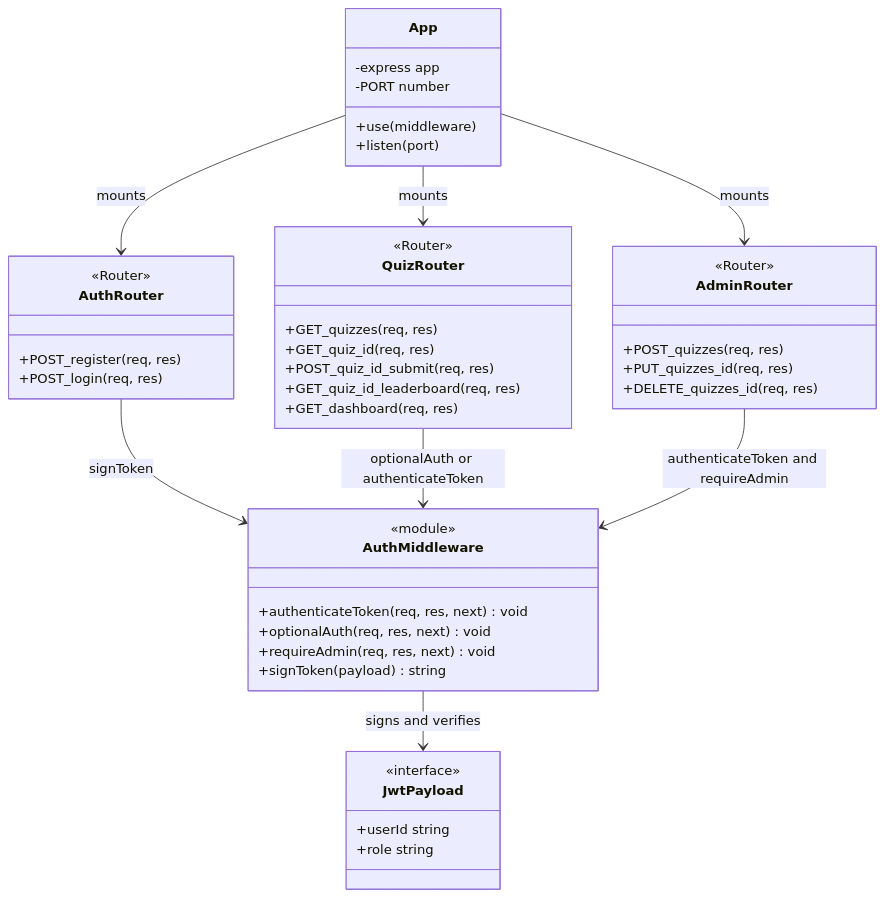
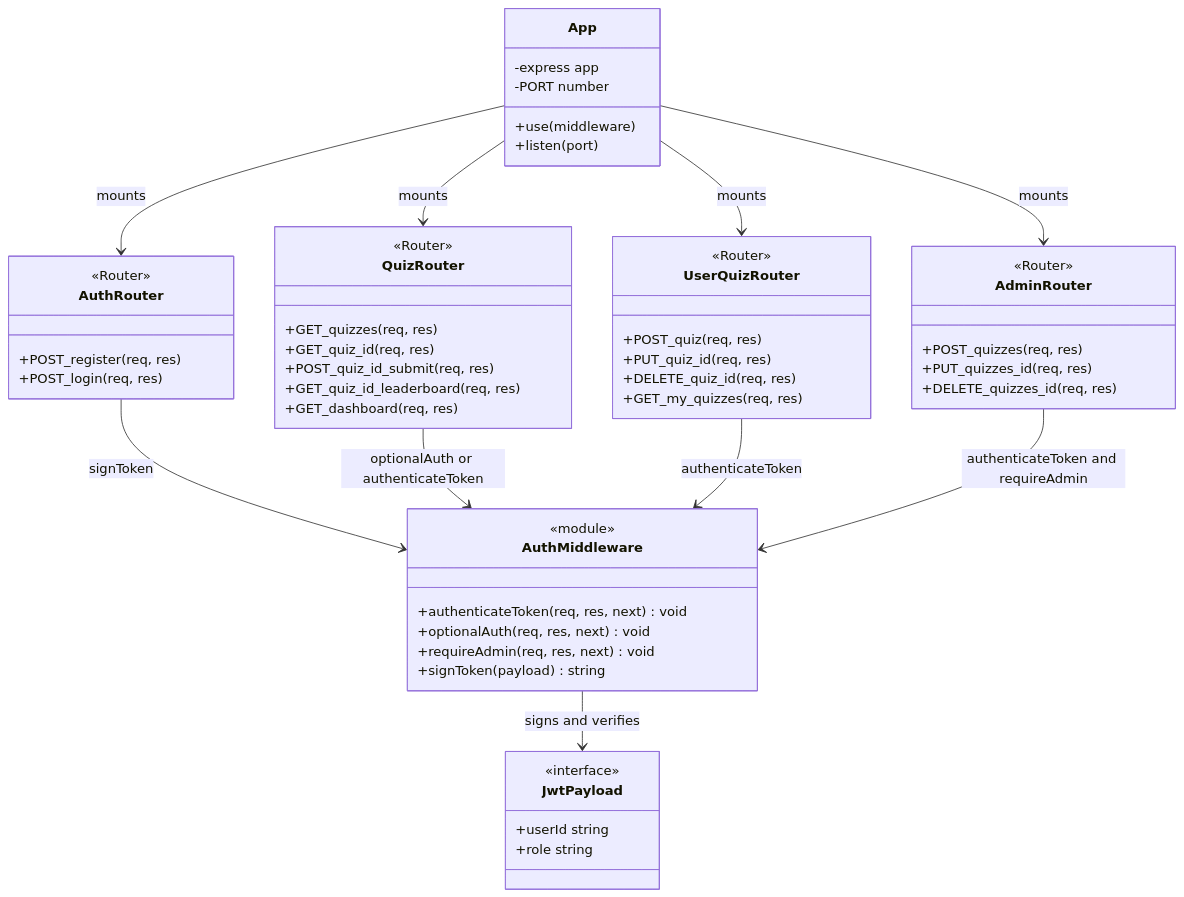
The diagram in docs/class_diagram/server/routers-and-auth.md (ChristianNemeno/tapcet-next), drawn with Mermaid before and after one commit. The commit also changed 3 other files, not shown here.

````diff
--- a/docs/class_diagram/server/routers-and-auth.md
+++ b/docs/class_diagram/server/routers-and-auth.md
@@ -3,55 +3,65 @@
 ```mermaid
 classDiagram
     direction TB
 
     class App {
         -express app
         -PORT number
         +use(middleware)
         +listen(port)
     }
 
     class AuthRouter {
         <<Router>>
         +POST_register(req, res)
         +POST_login(req, res)
     }
 
     class QuizRouter {
         <<Router>>
         +GET_quizzes(req, res)
         +GET_quiz_id(req, res)
         +POST_quiz_id_submit(req, res)
         +GET_quiz_id_leaderboard(req, res)
         +GET_dashboard(req, res)
     }
 
     class AdminRouter {
         <<Router>>
         +POST_quizzes(req, res)
         +PUT_quizzes_id(req, res)
         +DELETE_quizzes_id(req, res)
     }
 
+    class UserQuizRouter {
+        <<Router>>
+        +POST_quiz(req, res)
+        +PUT_quiz_id(req, res)
+        +DELETE_quiz_id(req, res)
+        +GET_my_quizzes(req, res)
+    }
+
     class AuthMiddleware {
         <<module>>
         +authenticateToken(req, res, next) void
         +optionalAuth(req, res, next) void
         +requireAdmin(req, res, next) void
         +signToken(payload) string
     }
 
     class JwtPayload {
         <<interface>>
         +userId string
         +role string
     }
 
     App --> AuthRouter : mounts
     App --> QuizRouter : mounts
+    App --> UserQuizRouter : mounts
     App --> AdminRouter : mounts
     AuthRouter --> AuthMiddleware : signToken
     QuizRouter --> AuthMiddleware : optionalAuth or authenticateToken
+    UserQuizRouter --> AuthMiddleware : authenticateToken
     AdminRouter --> AuthMiddleware : authenticateToken and requireAdmin
     AuthMiddleware --> JwtPayload : signs and verifies
 ```
````
